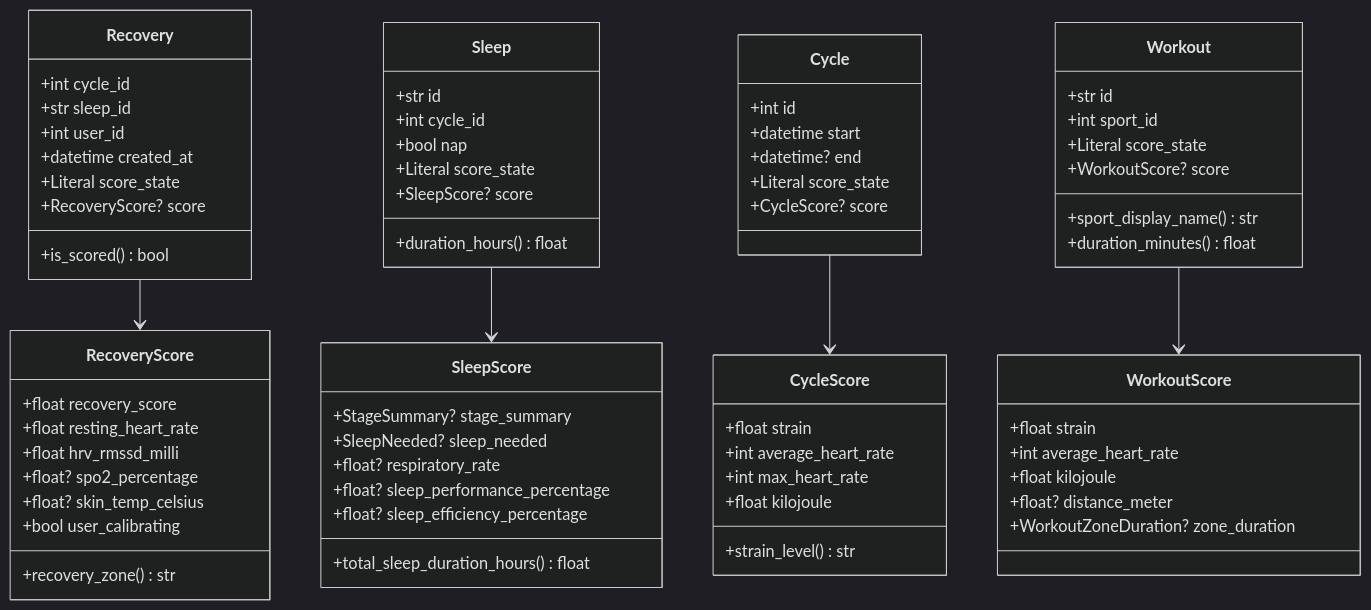
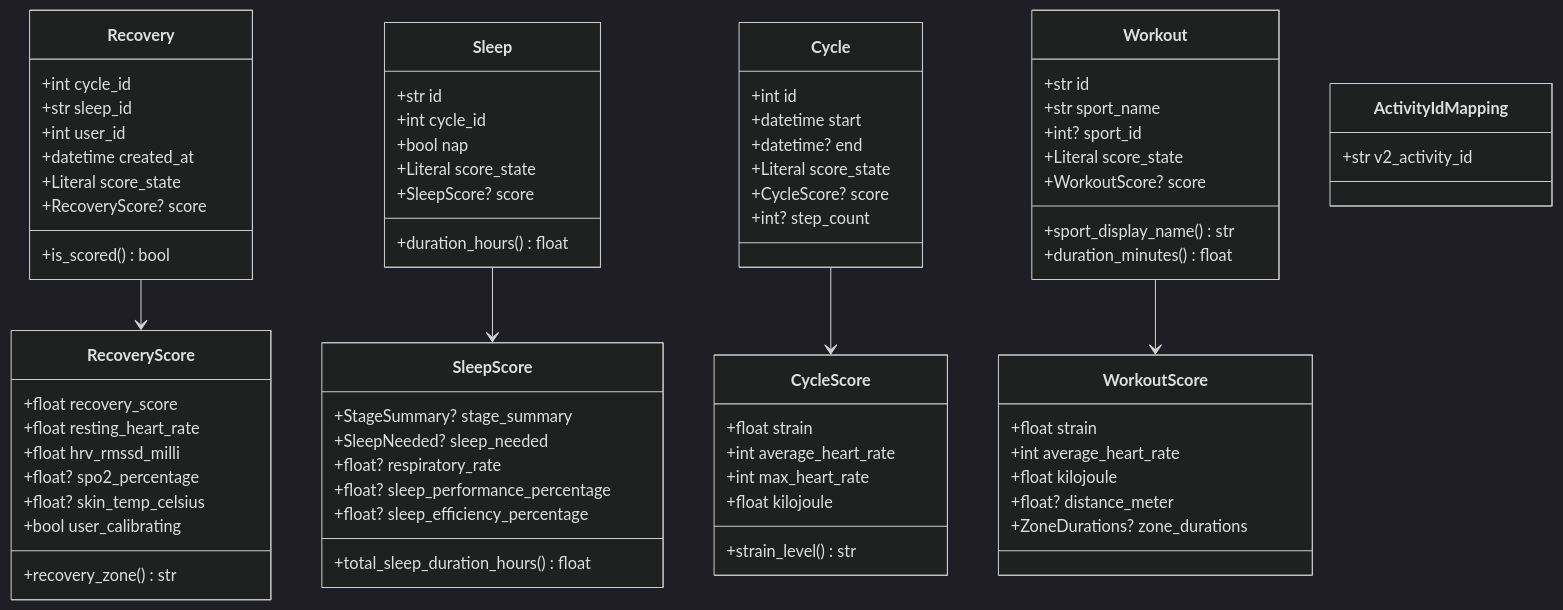
One commit to ponderrr/whoopyy changed the fifth of 6 diagrams in README.md. Above: the diagram before and after it, drawn with Mermaid (dark theme). The commit also changed other lines of this file and 28 other files, not shown here.

```diff
--- a/README.md
+++ b/README.md
@@ -426,6 +487,7 @@
         +datetime? end
         +Literal score_state
         +CycleScore? score
+        +int? step_count
     }
 
     class CycleScore {
@@ -438,7 +500,8 @@
 
     class Workout {
         +str id
-        +int sport_id
+        +str sport_name
+        +int? sport_id
         +Literal score_state
         +WorkoutScore? score
         +sport_display_name() str
@@ -450,7 +513,11 @@
         +int average_heart_rate
         +float kilojoule
         +float? distance_meter
-        +WorkoutZoneDuration? zone_duration
+        +ZoneDurations? zone_durations
+    }
+
+    class ActivityIdMapping {
+        +str v2_activity_id
     }
 
     Recovery --> RecoveryScore
```
